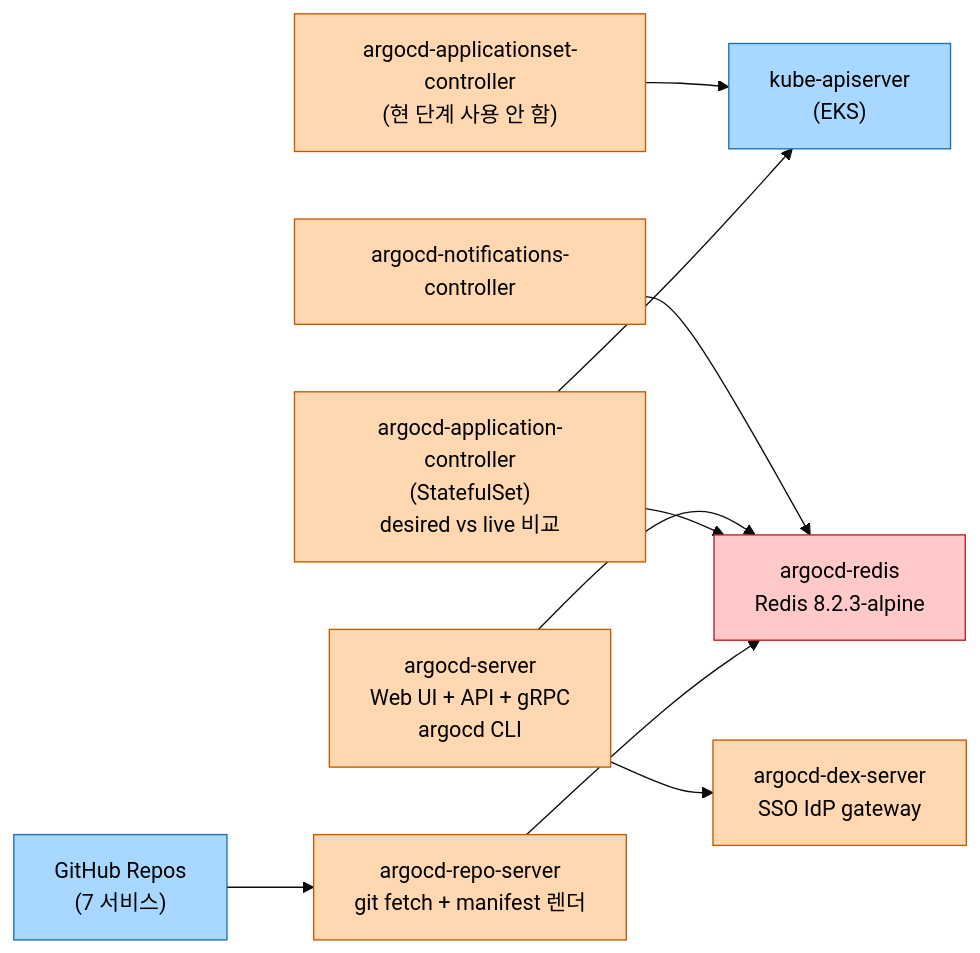
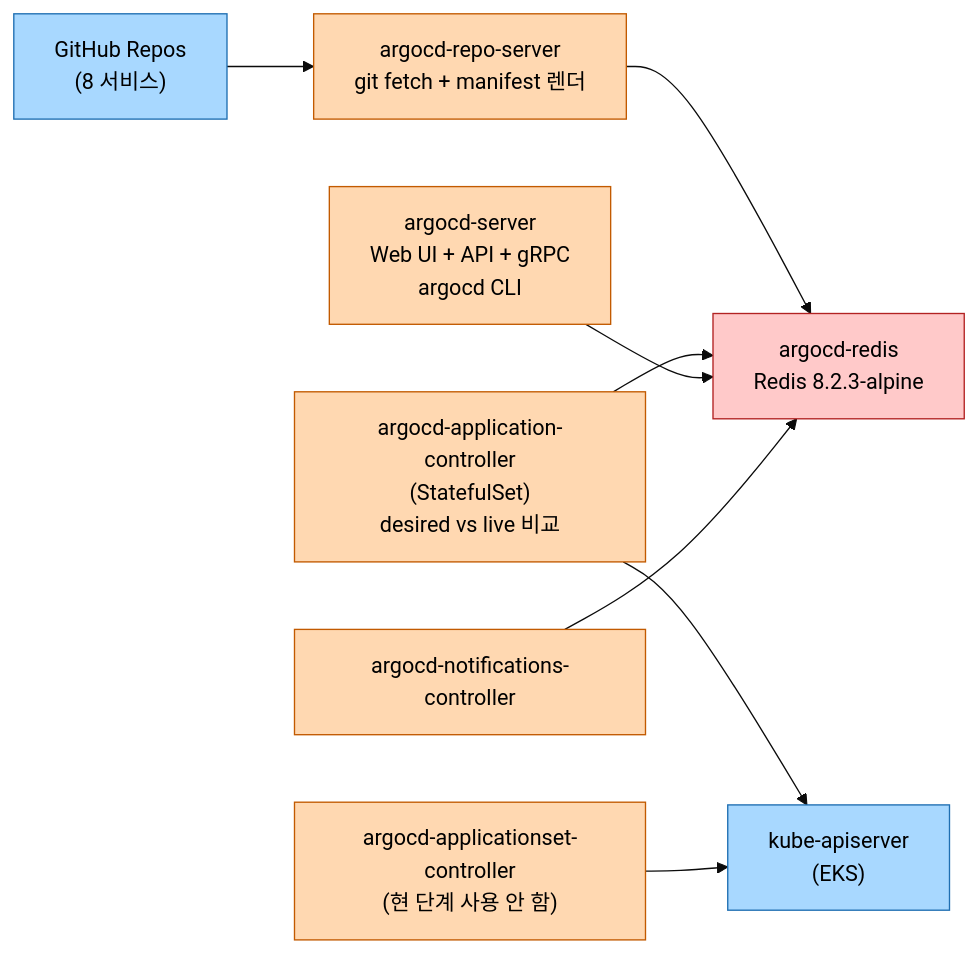
One commit to OpenTraum/OpenTraum-Infra changed the fifth of 5 diagrams in docs/OPENTRAUM-INFRA-07-CICD.md. Above: the diagram before and after it, drawn with Mermaid (base theme). The commit also changed other lines of this file and 12 other files, not shown here.

````diff
--- a/docs/OPENTRAUM-INFRA-07-CICD.md
+++ b/docs/OPENTRAUM-INFRA-07-CICD.md
@@ -719,24 +723,22 @@
 ```mermaid
 flowchart LR
   classDef gitops fill:#FFD8B1,stroke:#C25A00,color:#000;
   classDef cache fill:#FFC9C9,stroke:#B22222,color:#000;
   classDef external fill:#A8D8FF,stroke:#1F6FB2,color:#000;
 
-  Git["GitHub Repos<br/>(7 서비스)"]:::external
+  Git["GitHub Repos<br/>(8 서비스)"]:::external
   RepoSrv["argocd-repo-server<br/>git fetch + manifest 렌더"]:::gitops
   AppSet["argocd-applicationset-controller<br/>(현 단계 사용 안 함)"]:::gitops
   AppCtrl["argocd-application-controller<br/>(StatefulSet)<br/>desired vs live 비교"]:::gitops
   Server["argocd-server<br/>Web UI + API + gRPC<br/>argocd CLI"]:::gitops
   Notif["argocd-notifications-controller"]:::gitops
-  Dex["argocd-dex-server<br/>SSO IdP gateway"]:::gitops
   Redis["argocd-redis<br/>Redis 8.2.3-alpine"]:::cache
   K8s["kube-apiserver<br/>(EKS)"]:::external
 
   Git --> RepoSrv --> Redis
   AppCtrl --> Redis
   AppCtrl --> K8s
   Server --> Redis
-  Server --> Dex
   Notif --> Redis
   AppSet --> K8s
 ```
````
